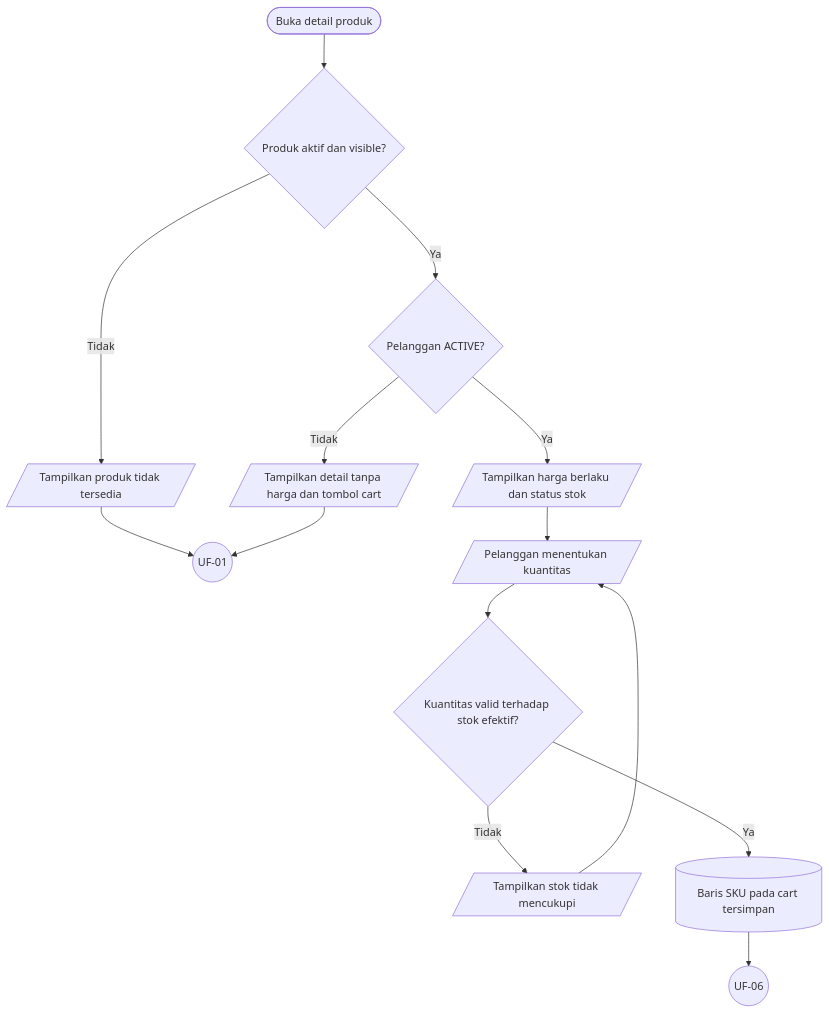
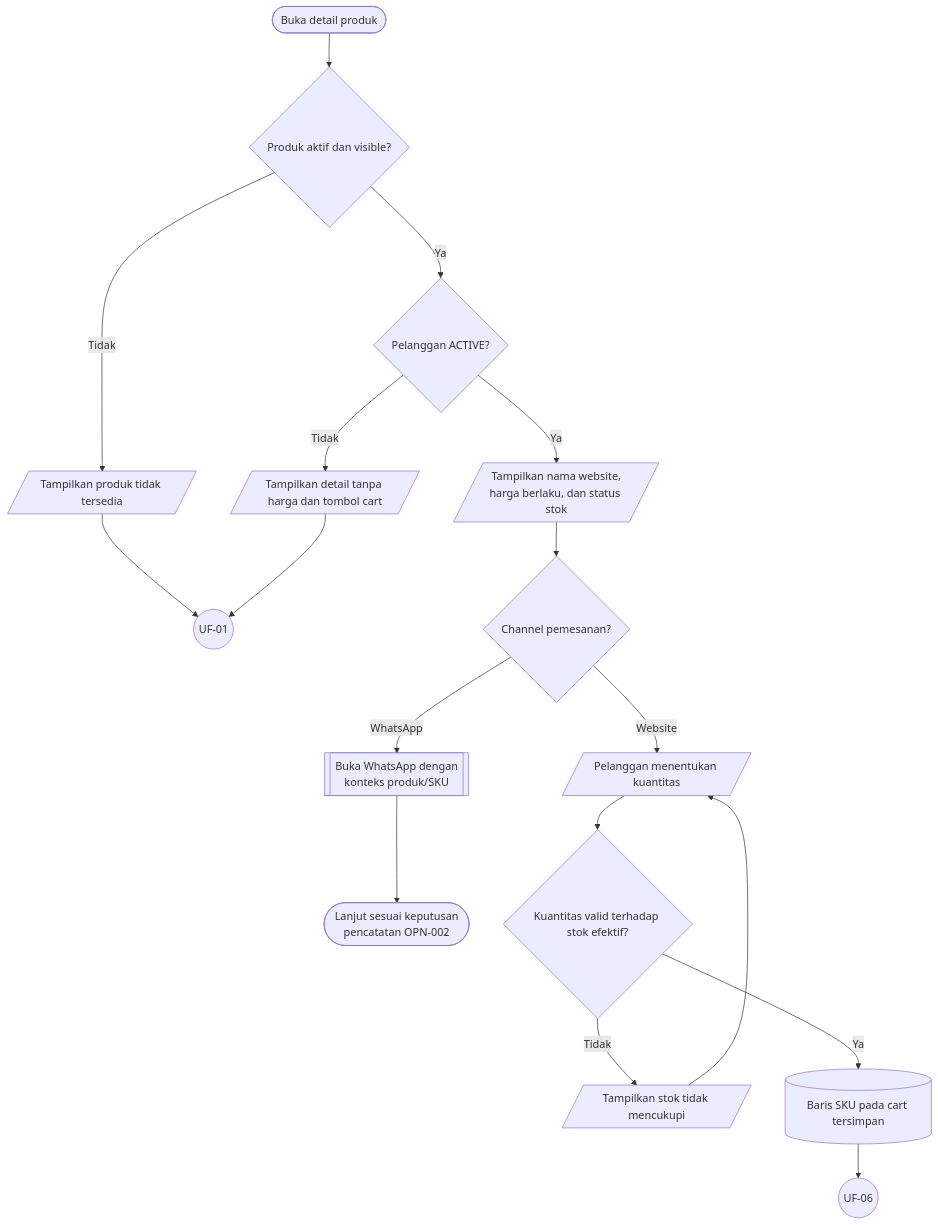
Before and after one commit to Webekspres/pixel-komunika: the fifth of 19 diagrams in docs/design/USER_FLOWS.md, drawn with Mermaid. The commit also changed other lines of this file and 9 other files, not shown here.

````diff
--- a/docs/design/USER_FLOWS.md
+++ b/docs/design/USER_FLOWS.md
@@ -180,19 +181,22 @@
 ```mermaid
 flowchart TD
     A(["Buka detail produk"]) --> B{"Produk aktif dan visible?"}
     B -->|Tidak| C[/"Tampilkan produk tidak tersedia"/]
     C --> C_UF01((UF-01))
     B -->|Ya| D{"Pelanggan ACTIVE?"}
     D -->|Tidak| E[/"Tampilkan detail tanpa harga dan tombol cart"/]
     E --> C_UF01
-    D -->|Ya| F[/"Tampilkan harga berlaku dan status stok"/]
-    F --> G[/"Pelanggan menentukan kuantitas"/]
+    D -->|Ya| F[/"Tampilkan nama website,<br/>harga berlaku, dan status stok"/]
+    F --> F1{"Channel pemesanan?"}
+    F1 -->|Website| G[/"Pelanggan menentukan kuantitas"/]
+    F1 -->|WhatsApp| F2[["Buka WhatsApp dengan<br/>konteks produk/SKU"]]
+    F2 --> F3(["Lanjut sesuai keputusan<br/>pencatatan OPN-002"])
     G --> H{"Kuantitas valid terhadap stok efektif?"}
     H -->|Tidak| I[/"Tampilkan stok tidak mencukupi"/]
     I --> G
     H -->|Ya| J[("Baris SKU pada cart tersimpan")]
     J --> C_UF06((UF-06))
 
     click C_UF01 "#uf-01-akses-katalog-publik"
     click C_UF06 "#uf-06-rekalkulasi-harga-dan-pph-22"
 ```
````
